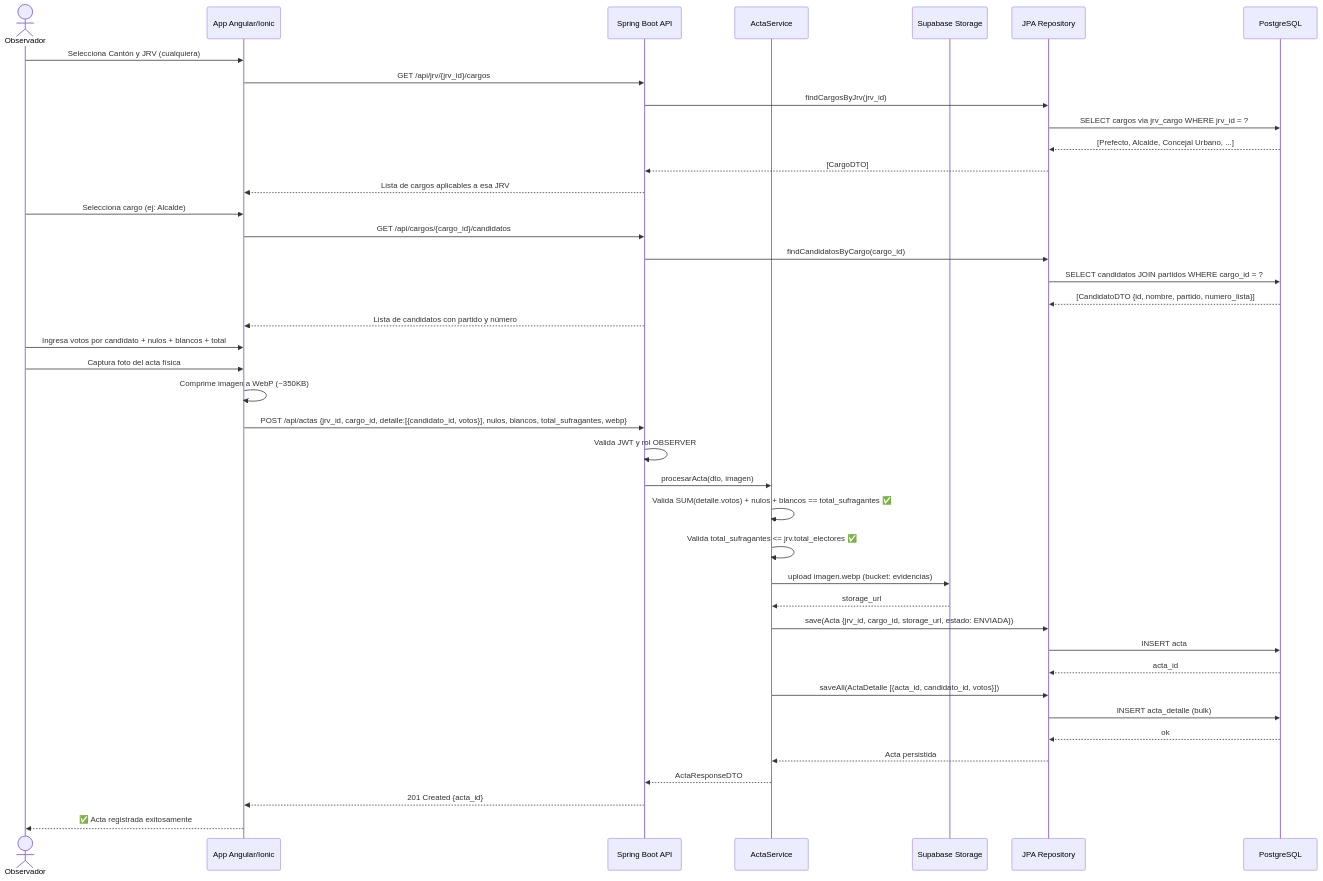
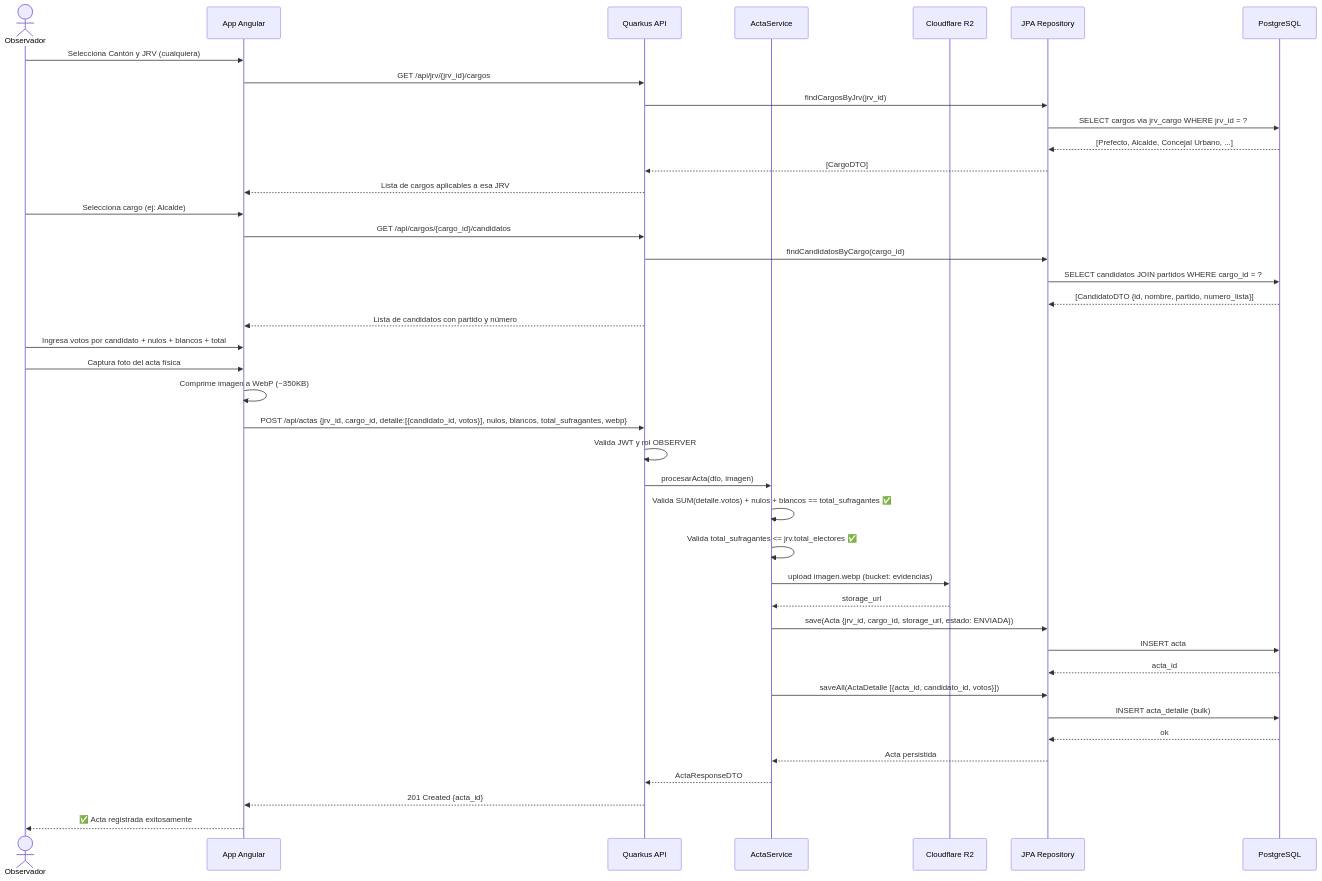
One commit to Brydyan/Control-s-Elector changed the diagram in documents/diagram/secuencias/01-registro-exitoso.md. Above: the diagram before and after it, drawn with Mermaid. The commit also changed 46 other files, not shown here.

````diff
--- a/documents/diagram/secuencias/01-registro-exitoso.md
+++ b/documents/diagram/secuencias/01-registro-exitoso.md
@@ -7,52 +7,52 @@
 ```mermaid
 sequenceDiagram
     actor OBS as Observador
-    participant APP as App Angular/Ionic
-    participant API as Spring Boot API
+    participant APP as App Angular
+    participant API as Quarkus API
     participant SVC as ActaService
-    participant STG as Supabase Storage
+    participant STG as Cloudflare R2
     participant JPA as JPA Repository
     participant PG as PostgreSQL
 
     OBS->>APP: Selecciona Cantón y JRV (cualquiera)
     APP->>API: GET /api/jrv/{jrv_id}/cargos
     API->>JPA: findCargosByJrv(jrv_id)
     JPA->>PG: SELECT cargos via jrv_cargo WHERE jrv_id = ?
     PG-->>JPA: [Prefecto, Alcalde, Concejal Urbano, ...]
     JPA-->>API: [CargoDTO]
     API-->>APP: Lista de cargos aplicables a esa JRV
 
     OBS->>APP: Selecciona cargo (ej: Alcalde)
     APP->>API: GET /api/cargos/{cargo_id}/candidatos
     API->>JPA: findCandidatosByCargo(cargo_id)
     JPA->>PG: SELECT candidatos JOIN partidos WHERE cargo_id = ?
     PG-->>JPA: [CandidatoDTO {id, nombre, partido, numero_lista}]
     API-->>APP: Lista de candidatos con partido y número
 
     OBS->>APP: Ingresa votos por candidato + nulos + blancos + total
     OBS->>APP: Captura foto del acta física
     APP->>APP: Comprime imagen a WebP (~350KB)
 
     APP->>API: POST /api/actas {jrv_id, cargo_id, detalle:[{candidato_id, votos}], nulos, blancos, total_sufragantes, webp}
     API->>API: Valida JWT y rol OBSERVER
     API->>SVC: procesarActa(dto, imagen)
 
     SVC->>SVC: Valida SUM(detalle.votos) + nulos + blancos == total_sufragantes ✅
     SVC->>SVC: Valida total_sufragantes <= jrv.total_electores ✅
 
     SVC->>STG: upload imagen.webp (bucket: evidencias)
     STG-->>SVC: storage_url
 
     SVC->>JPA: save(Acta {jrv_id, cargo_id, storage_url, estado: ENVIADA})
     JPA->>PG: INSERT acta
     PG-->>JPA: acta_id
 
     SVC->>JPA: saveAll(ActaDetalle [{acta_id, candidato_id, votos}])
     JPA->>PG: INSERT acta_detalle (bulk)
     PG-->>JPA: ok
 
     JPA-->>SVC: Acta persistida
     SVC-->>API: ActaResponseDTO
     API-->>APP: 201 Created {acta_id}
     APP-->>OBS: ✅ Acta registrada exitosamente
 ```
````
